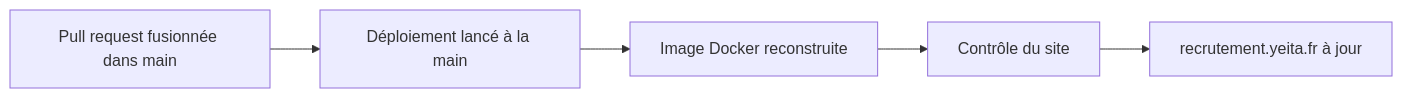
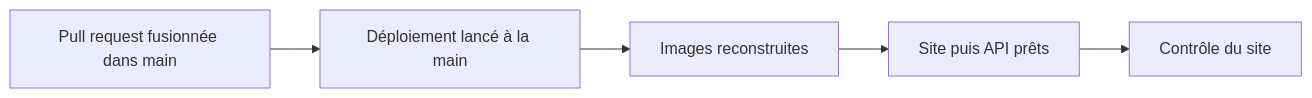
The diagram in hlyja/technique/conventions.humain.md (design-cpu/yeita-recrutement), drawn with Mermaid before and after one commit. The commit also changed other lines of this file and 31 other files, not shown here.

````diff
--- a/hlyja/technique/conventions.humain.md
+++ b/hlyja/technique/conventions.humain.md
@@ -33,7 +33,7 @@
 ```mermaid
 flowchart LR
   A[Pull request fusionnée dans main] --> B[Déploiement lancé à la main]
-  B --> C[Image Docker reconstruite]
-  C --> D[Contrôle du site]
-  D --> E[recrutement.yeita.fr à jour]
+  B --> C[Images reconstruites]
+  C --> D[Site puis API prêts]
+  D --> E[Contrôle du site]
 ```
````
